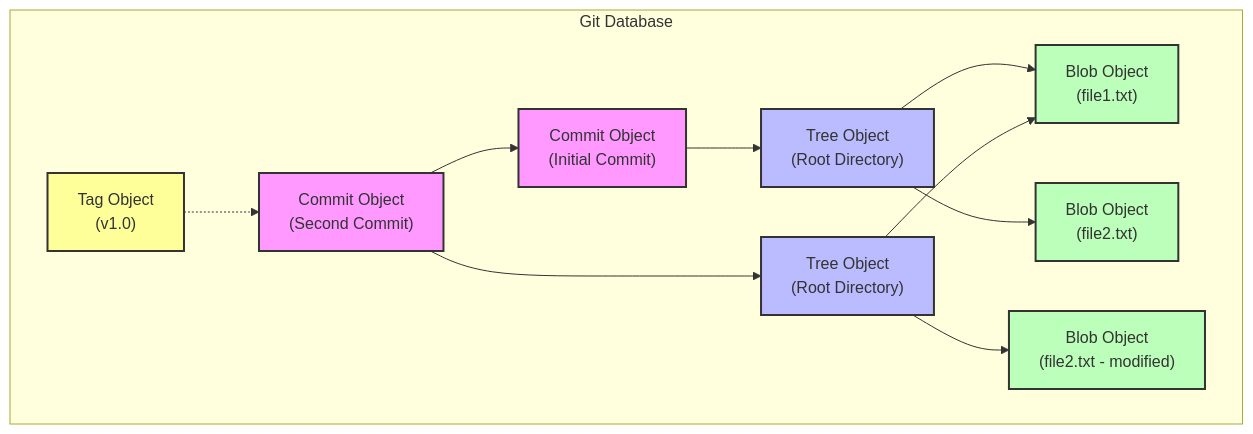
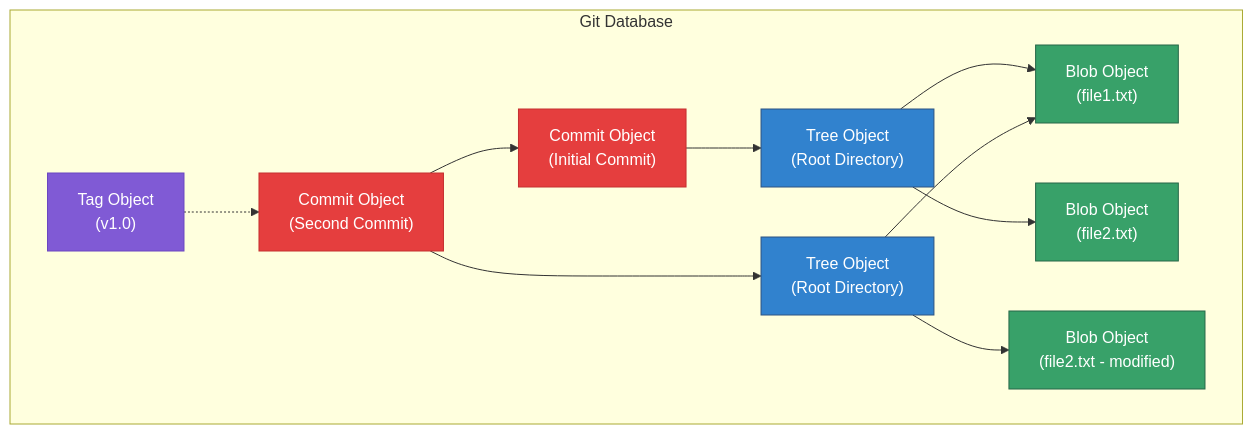
One commit to VrianCao/GitTour changed the diagram in src/content/docs/06-internals/02-objects.md. Above: the diagram before and after it, drawn with Mermaid. The commit also changed 10 other files, not shown here.

First line of the commit message:
style: optimize Mermaid diagrams for light/dark mode

````diff
--- a/src/content/docs/06-internals/02-objects.md
+++ b/src/content/docs/06-internals/02-objects.md
@@ -69,27 +69,28 @@
 ```mermaid
 graph TD
     subgraph Git Database
     
     C1["Commit Object<br/>(Initial Commit)"] --> T1["Tree Object<br/>(Root Directory)"]
     C2["Commit Object<br/>(Second Commit)"] --> T2["Tree Object<br/>(Root Directory)"]
     C2 --> C1
     
     T1 --> B1["Blob Object<br/>(file1.txt)"]
     T1 --> B2["Blob Object<br/>(file2.txt)"]
     
     T2 --> B1
     T2 --> B3["Blob Object<br/>(file2.txt - modified)"]
     
     Tag["Tag Object<br/>(v1.0)"] -.-> C2
     
     end
     
-    style C1 fill:#f9f,stroke:#333,stroke-width:2px
-    style C2 fill:#f9f,stroke:#333,stroke-width:2px
-    style T1 fill:#bbf,stroke:#333,stroke-width:2px
-    style T2 fill:#bbf,stroke:#333,stroke-width:2px
-    style B1 fill:#bfb,stroke:#333,stroke-width:2px
-    style B2 fill:#bfb,stroke:#333,stroke-width:2px
-    style B3 fill:#bfb,stroke:#333,stroke-width:2px
-    style Tag fill:#ff9,stroke:#333,stroke-width:2px
+    classDef blob fill:#38a169,stroke:#276749,color:#fff
+    classDef tree fill:#3182ce,stroke:#2c5282,color:#fff
+    classDef commit fill:#e53e3e,stroke:#c53030,color:#fff
+    classDef tag fill:#805ad5,stroke:#6b46c1,color:#fff
+    
+    class C1,C2 commit
+    class T1,T2 tree
+    class B1,B2,B3 blob
+    class Tag tag
 ```
````
